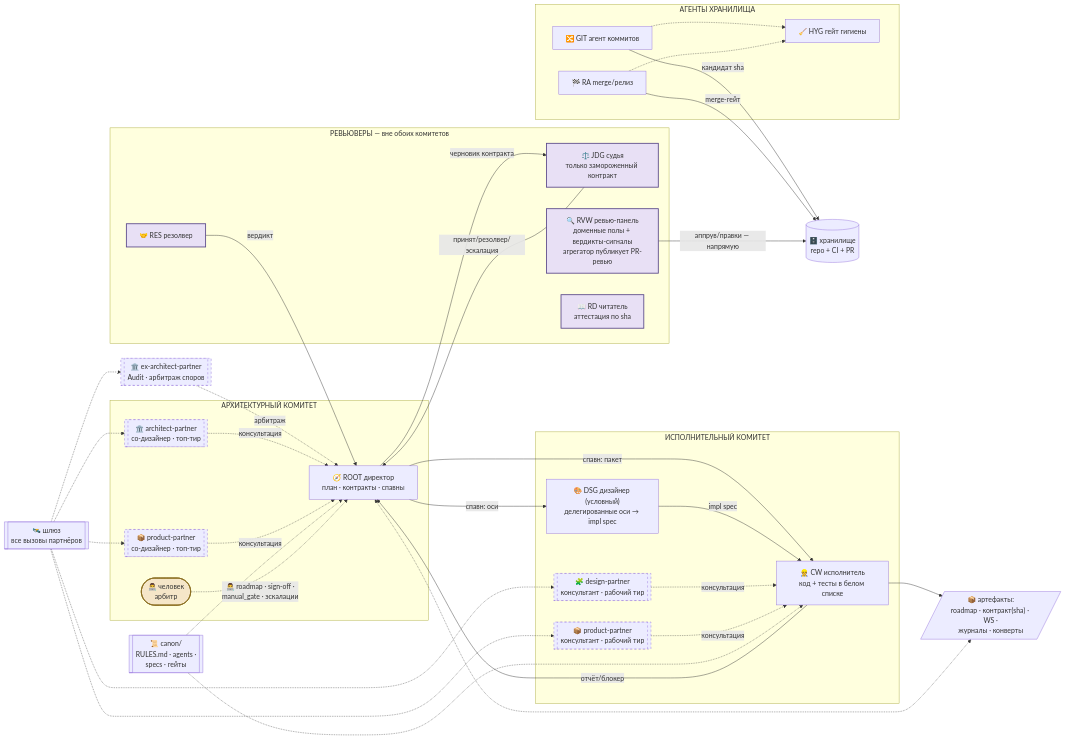
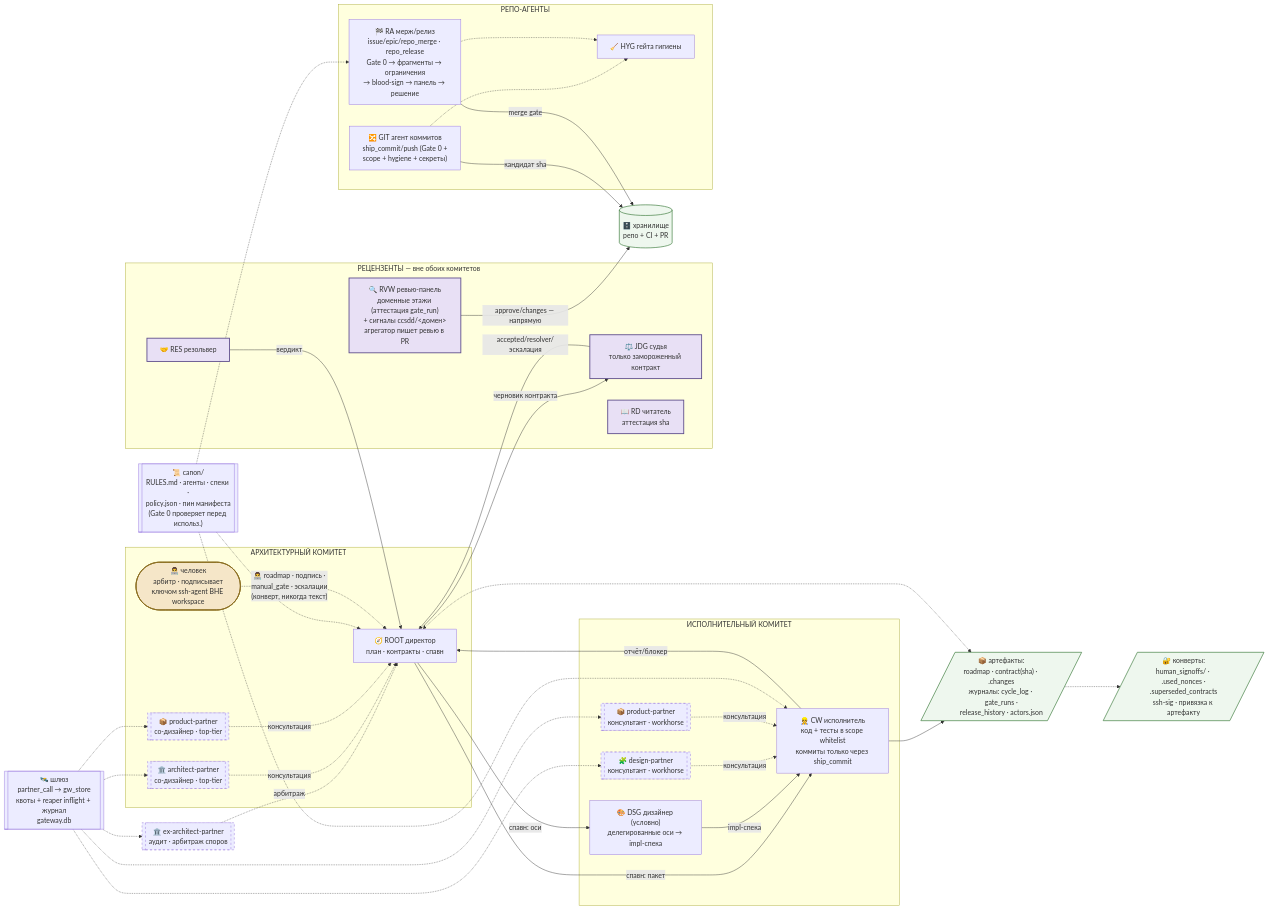
Before and after one commit to ychetka/CCSDD: the diagram in docs/ru/diagrams/cycle_structure.mmd, drawn with Mermaid. The commit also changed 13 other files, not shown here.

First line of the commit message:
diagrams: detailed regeneration + code design map

```diff
--- a/docs/ru/diagrams/cycle_structure.mmd
+++ b/docs/ru/diagrams/cycle_structure.mmd
@@ -1,65 +1,70 @@
 flowchart LR
   subgraph COM1["АРХИТЕКТУРНЫЙ КОМИТЕТ"]
-    ROOT["🧭 ROOT директор<br/>план · контракты · спавны"]
-    AP[["🏛️ architect-partner<br/>со-дизайнер · топ-тир"]]
-    PPA[["📦 product-partner<br/>со-дизайнер · топ-тир"]]
-    DEV(["👨‍💻 человек<br/>арбитр"])
+    ROOT["🧭 ROOT директор<br/>план · контракты · спавн"]
+    AP[["🏛️ architect-partner<br/>со-дизайнер · top-tier"]]
+    PPA[["📦 product-partner<br/>со-дизайнер · top-tier"]]
+    DEV(["👨‍💻 человек<br/>арбитр · подписывает<br/>ключом ssh-agent ВНЕ workspace"])
   end
   subgraph COM2["ИСПОЛНИТЕЛЬНЫЙ КОМИТЕТ"]
-    CW["👷 CW исполнитель<br/>код + тесты в белом списке"]
-    DSG["🎨 DSG дизайнер (условный)<br/>делегированные оси → impl spec"]
-    DP[["🧩 design-partner<br/>консультант · рабочий тир"]]
-    PPE[["📦 product-partner<br/>консультант · рабочий тир"]]
+    CW["👷 CW исполнитель<br/>код + тесты в scope whitelist<br/>коммиты только через ship_commit"]
+    DSG["🎨 DSG дизайнер (условно)<br/>делегированные оси → impl-спека"]
+    DP[["🧩 design-partner<br/>консультант · workhorse"]]
+    PPE[["📦 product-partner<br/>консультант · workhorse"]]
   end
-  subgraph REV["РЕВЬЮВЕРЫ — вне обоих комитетов"]
+  subgraph REV["РЕЦЕНЗЕНТЫ — вне обоих комитетов"]
     JDG["⚖️ JDG судья<br/>только замороженный контракт"]
-    RVW["🔍 RVW ревью-панель<br/>доменные полы + вердикты-сигналы<br/>агрегатор публикует PR-ревью"]
-    RES["🤝 RES резолвер"]
-    RD["📖 RD читатель<br/>аттестация по sha"]
+    RVW["🔍 RVW ревью-панель<br/>доменные этажи (аттестация gate_run)<br/>+ сигналы ccsdd/&lt;домен&gt;<br/>агрегатор пишет ревью в PR"]
+    RES["🤝 RES резольвер"]
+    RD["📖 RD читатель<br/>аттестация sha"]
   end
-  subgraph REPOS["АГЕНТЫ ХРАНИЛИЩА"]
-    GIT["🔀 GIT агент коммитов"]
-    RA["🏁 RA merge/релиз"]
-    HYG["🧹 HYG гейт гигиены"]
+  subgraph REPOS["РЕПО-АГЕНТЫ"]
+    GIT["🔀 GIT агент коммитов<br/>ship_commit/push (Gate 0 +<br/>scope + hygiene + секреты)"]
+    RA["🏁 RA мерж/релиз<br/>issue/epic/repo_merge · repo_release<br/>Gate 0 → фрагменты → ограничения<br/>→ blood-sign → панель → решение"]
+    HYG["🧹 HYG гейта гигиены"]
   end
 
-  ART[/"📦 артефакты:<br/>roadmap · контракт(sha) · WS ·<br/>журналы · конверты"/]
-  REPO[("🗄️ хранилище<br/>repo + CI + PR")]
-  GW[["🛰️ шлюз<br/>все вызовы партнёров"]]
-  XA[["🏛️ ex-architect-partner<br/>Audit · арбитраж споров"]]
-  RULES[["📜 canon/<br/>RULES.md · agents ·<br/>specs · гейты"]]
+  ART[/"📦 артефакты:<br/>roadmap · contract(sha) · .changes<br/>журналы: cycle_log · gate_runs ·<br/>release_history · actors.json"/]
+  ENV[/"🔐 конверты:<br/>human_signoffs/ · .used_nonces ·<br/>.superseded_contracts<br/>ssh-sig · привязка к артефакту"/]
+  REPO[("🗄️ хранилище<br/>репо + CI + PR")]
+  GW[["🛰️ шлюз<br/>partner_call → gw_store<br/>квоты + reaper inflight + журнал<br/>gateway.db"]]
+  XA[["🏛️ ex-architect-partner<br/>аудит · арбитраж споров"]]
+  RULES[["📜 canon/<br/>RULES.md · агенты · спеки ·<br/>policy.json · пин манифеста<br/>(Gate 0 проверяет перед использ.)"]]
 
   ROOT -->|спавн: пакет| CW
   ROOT -->|спавн: оси| DSG
   ROOT -->|черновик контракта| JDG
-  DSG -->|impl spec| CW
+  DSG -->|impl-спека| CW
   CW -->|отчёт/блокер| ROOT
   CW --> ART
-  JDG -->|принят/резолвер/эскалация| ROOT
-  RVW -->|аппрув/правки — напрямую| REPO
+  JDG -->|accepted/resolver/эскалация| ROOT
+  RVW -->|approve/changes — напрямую| REPO
   RES -->|вердикт| ROOT
   GIT -->|кандидат sha| REPO
-  RA -->|merge-гейт| REPO
+  RA -->|merge gate| REPO
   GIT -.-> HYG
   RA -.-> HYG
+  ART -.-> ENV
   ROOT <-.-> ART
   GW -.-> AP
   GW -.-> PPA
   GW -.-> DP
   GW -.-> PPE
   GW -.-> XA
   XA -.->|арбитраж| ROOT
   AP -.->|консультация| ROOT
   PPA -.->|консультация| ROOT
   DP -.->|консультация| CW
   PPE -.->|консультация| CW
   RULES -.-> ROOT
   RULES -.-> CW
-  DEV -.->|👨‍💻 roadmap · sign-off ·<br/>manual_gate · эскалации| ROOT
+  RULES -.-> RA
+  DEV -.->|"👨‍💻 roadmap · подпись ·<br/>manual_gate · эскалации<br/>(конверт, никогда текст)"| ROOT
 
   classDef human fill:#f5e6c8,stroke:#8a6d1f,stroke-width:2px
   classDef rev fill:#e8e0f5,stroke:#5b4a8a,stroke-width:2px
   classDef partner stroke-dasharray:5 5
+  classDef store fill:#eef7ee,stroke:#3a7a3a,stroke-width:1.5px
   class DEV human
   class JDG,RVW,RES,RD rev
   class AP,PPA,DP,PPE,XA partner
+  class ART,ENV,REPO store
```
